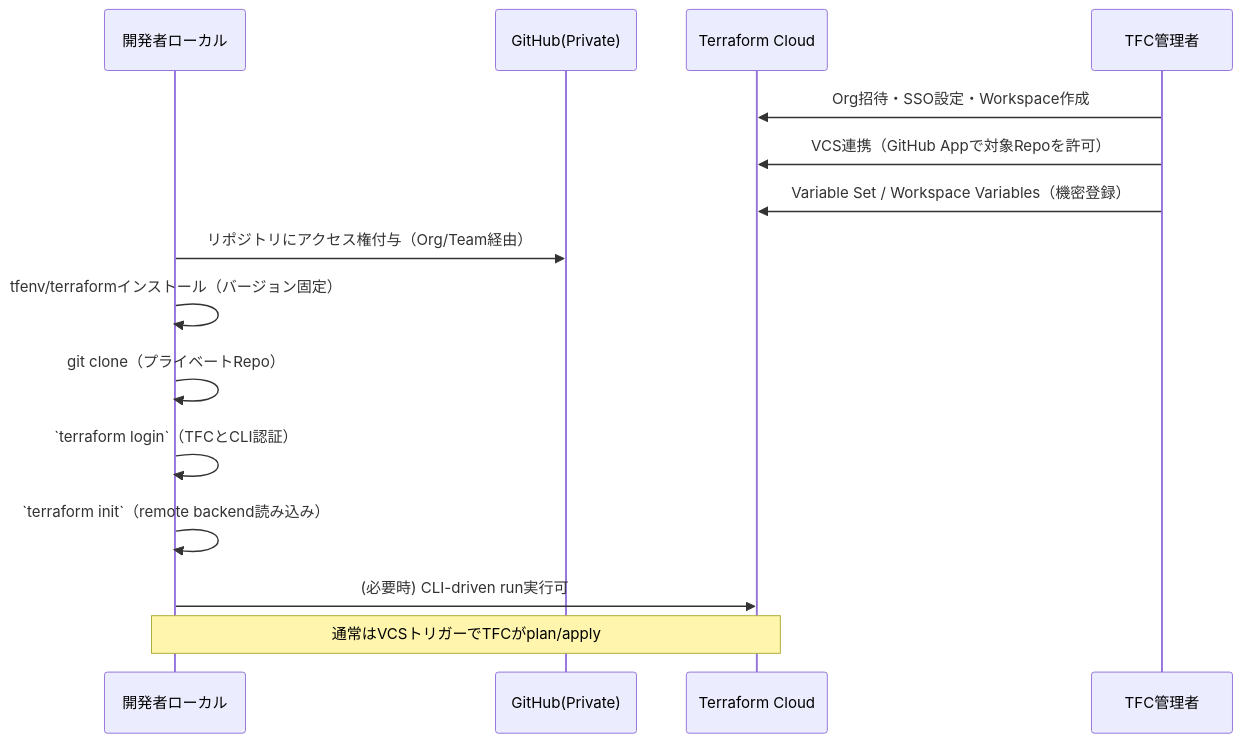
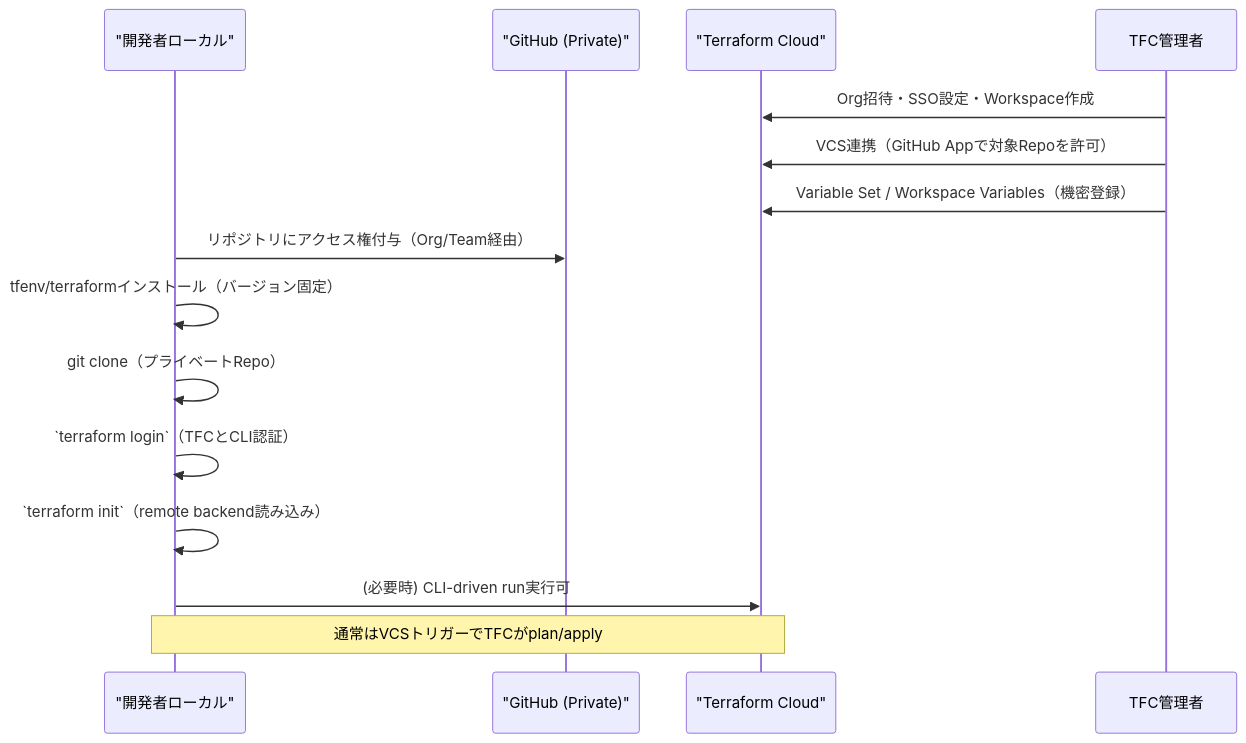
Before and after one commit to Mekann2904/learning-gh: the first of 3 diagrams in docs/guides/github-private-tfc-vcs-integration.md, drawn with Mermaid. The commit also changed other lines of this file and 1 other file, not shown here.

Commit message:
Mermaidラベルを引用符化してGitHub描画修正

````diff
--- a/docs/guides/github-private-tfc-vcs-integration.md
+++ b/docs/guides/github-private-tfc-vcs-integration.md
@@ -36,18 +36,18 @@
 ```mermaid
 sequenceDiagram
-  participant Dev as 開発者ローカル
-  participant GH as GitHub(Private)
-  participant TFC as Terraform Cloud
+  participant Dev as "開発者ローカル"
+  participant GH as "GitHub (Private)"
+  participant TFC as "Terraform Cloud"
   participant Admin as TFC管理者
 
   Admin->>TFC: Org招待・SSO設定・Workspace作成
   Admin->>TFC: VCS連携（GitHub Appで対象Repoを許可）
   Admin->>TFC: Variable Set / Workspace Variables（機密登録）
   Dev->>GH: リポジトリにアクセス権付与（Org/Team経由）
   Dev->>Dev: tfenv/terraformインストール（バージョン固定）
   Dev->>Dev: git clone（プライベートRepo）
   Dev->>Dev: `terraform login`（TFCとCLI認証）
   Dev->>Dev: `terraform init`（remote backend読み込み）
   Dev->>TFC: (必要時) CLI-driven run実行可
   Note over Dev,TFC: 通常はVCSトリガーでTFCがplan/apply
 ```
````
